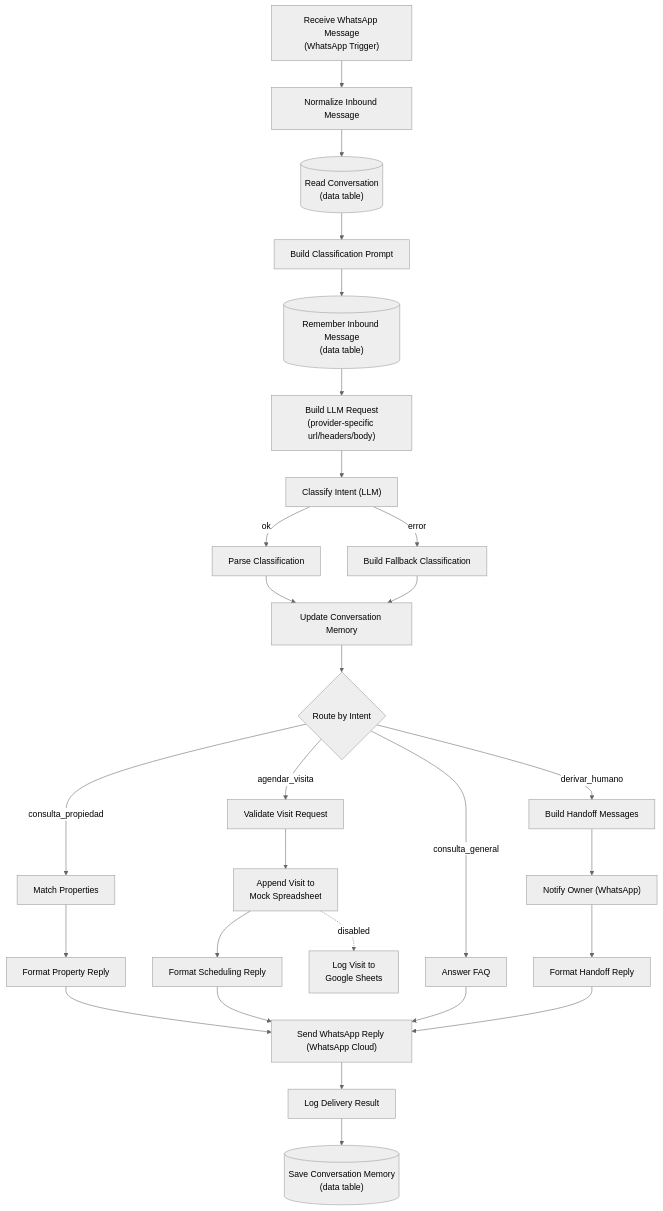
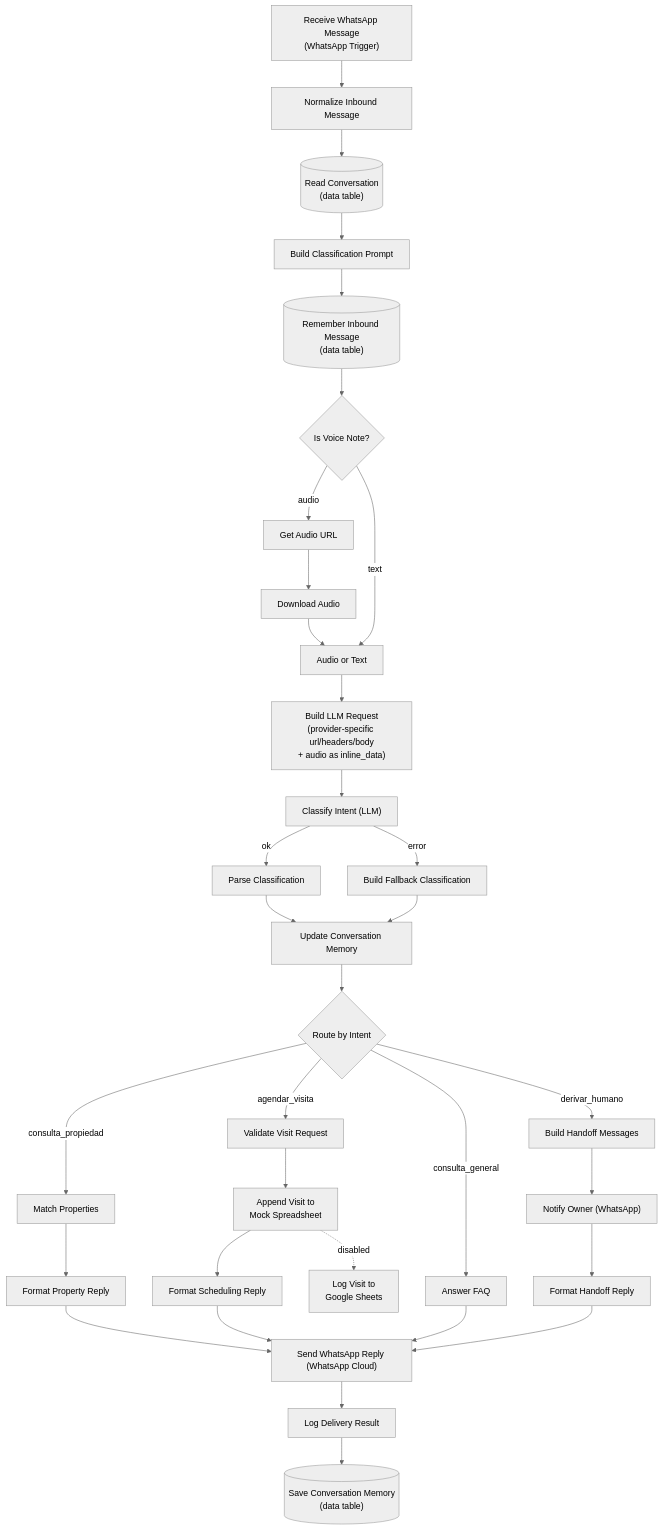
One commit to ignacionicola/automation-demos changed the diagram in demos/01-whatsapp-agent/README.md. Above: the diagram before and after it, drawn with Mermaid (neutral theme). The commit also changed other lines of this file and 11 other files, not shown here.

````diff
--- a/demos/01-whatsapp-agent/README.md
+++ b/demos/01-whatsapp-agent/README.md
@@ -29,37 +29,40 @@
 ```mermaid
 flowchart TD
     A["Receive WhatsApp Message<br/>(WhatsApp Trigger)"] --> B[Normalize Inbound Message]
     B --> MR[("Read Conversation<br/>(data table)")]
     MR --> C[Build Classification Prompt]
     C --> MW[("Remember Inbound Message<br/>(data table)")]
-    MW --> C2["Build LLM Request<br/>(provider-specific url/headers/body)"]
+    MW --> V{Is Voice Note?}
+    V -->|audio| V1[Get Audio URL] --> V2[Download Audio] --> VM[Audio or Text]
+    V -->|text| VM
+    VM --> C2["Build LLM Request<br/>(provider-specific url/headers/body<br/>+ audio as inline_data)"]
     C2 --> D["Classify Intent (LLM)"]
 
     D -->|ok| E[Parse Classification]
     D -->|error| F[Build Fallback Classification]
 
     E --> MU[Update Conversation Memory]
     F --> MU
     MU --> G{Route by Intent}
 
     G -->|consulta_propiedad| H[Match Properties]
     H --> I[Format Property Reply]
 
     G -->|agendar_visita| J[Validate Visit Request]
     J --> K["Append Visit to<br/>Mock Spreadsheet"]
     K --> L[Format Scheduling Reply]
     K -.disabled.-> M["Log Visit to<br/>Google Sheets"]
 
     G -->|consulta_general| N[Answer FAQ]
 
     G -->|derivar_humano| O[Build Handoff Messages]
     O --> P["Notify Owner (WhatsApp)"]
     P --> Q[Format Handoff Reply]
 
     I --> R["Send WhatsApp Reply (WhatsApp Cloud)"]
     L --> R
     N --> R
     Q --> R
     R --> S[Log Delivery Result]
     S --> MS[("Save Conversation Memory<br/>(data table)")]
 ```
````
